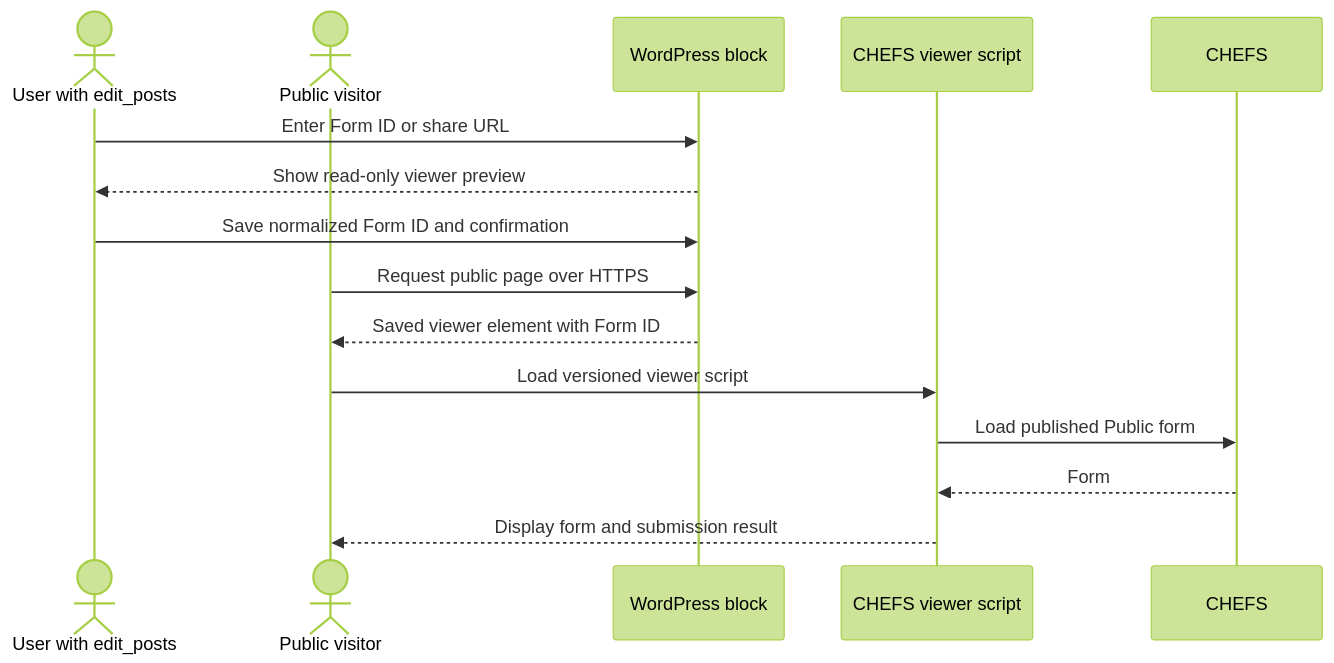
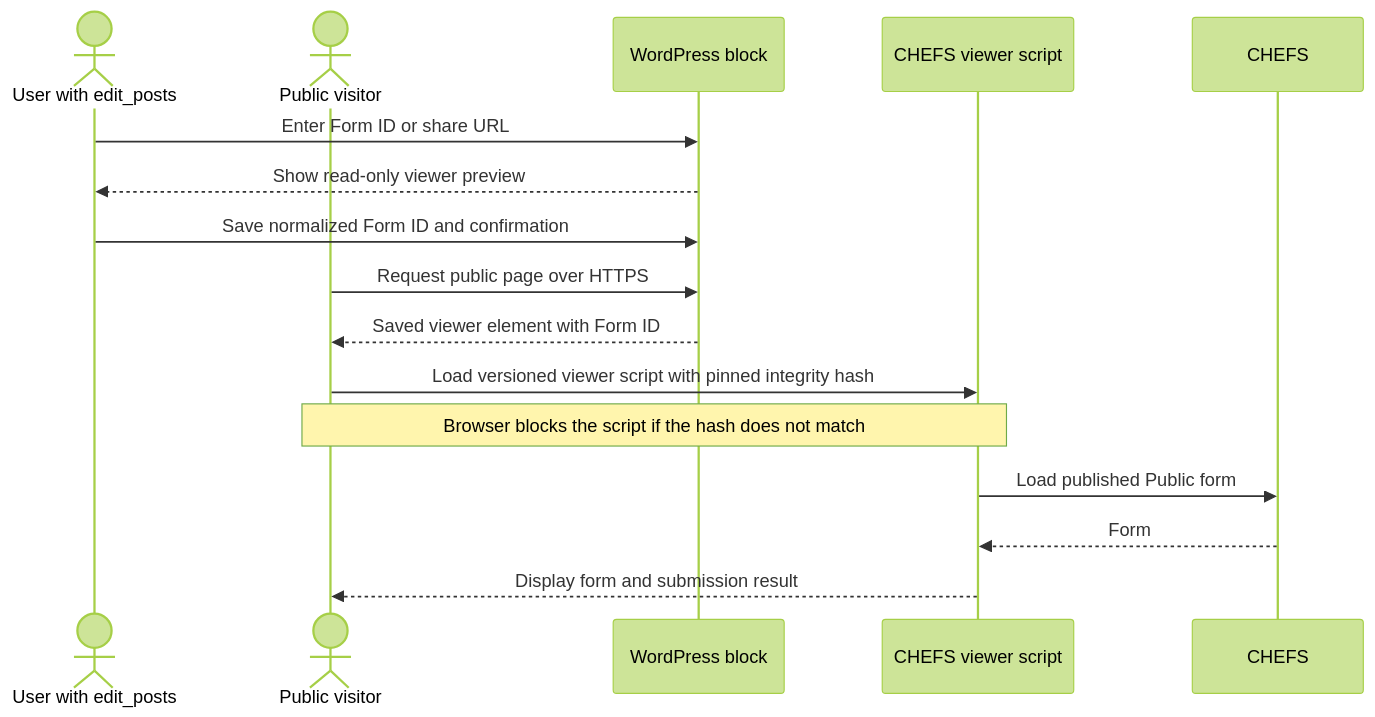
One commit to bcgov/bcew-monorepo changed the diagram in plugins/bcew-chefs-embed/docs/developer/block-architecture.md. Above: the diagram before and after it, drawn with Mermaid (forest theme). The commit also changed other lines of this file and 4 other files, not shown here.

Commit message:
feat(DSWP-1162): load CHEFS form viewer with SRI (#327)

````diff
--- a/plugins/bcew-chefs-embed/docs/developer/block-architecture.md
+++ b/plugins/bcew-chefs-embed/docs/developer/block-architecture.md
@@ -28,19 +29,20 @@
 ```mermaid
 sequenceDiagram
     actor Editor as User with edit_posts
     actor Visitor as Public visitor
     participant WP as WordPress block
     participant Viewer as CHEFS viewer script
     participant CHEFS as CHEFS
 
     Editor->>WP: Enter Form ID or share URL
     WP-->>Editor: Show read-only viewer preview
     Editor->>WP: Save normalized Form ID and confirmation
 
     Visitor->>WP: Request public page over HTTPS
     WP-->>Visitor: Saved viewer element with Form ID
-    Visitor->>Viewer: Load versioned viewer script
+    Visitor->>Viewer: Load versioned viewer script with pinned integrity hash
+    Note over Visitor,Viewer: Browser blocks the script if the hash does not match
     Viewer->>CHEFS: Load published Public form
     CHEFS-->>Viewer: Form
     Viewer-->>Visitor: Display form and submission result
 ```
````
